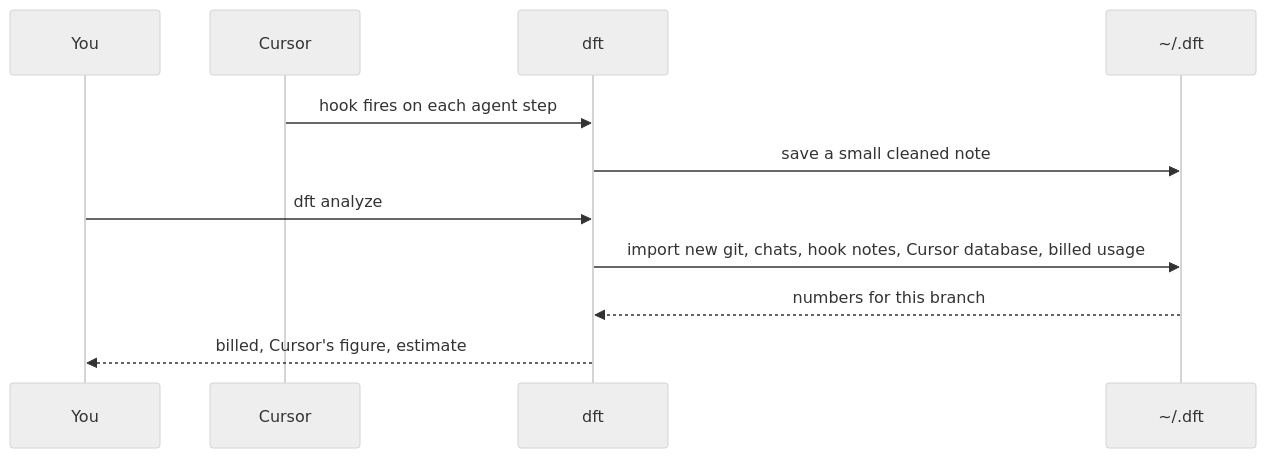
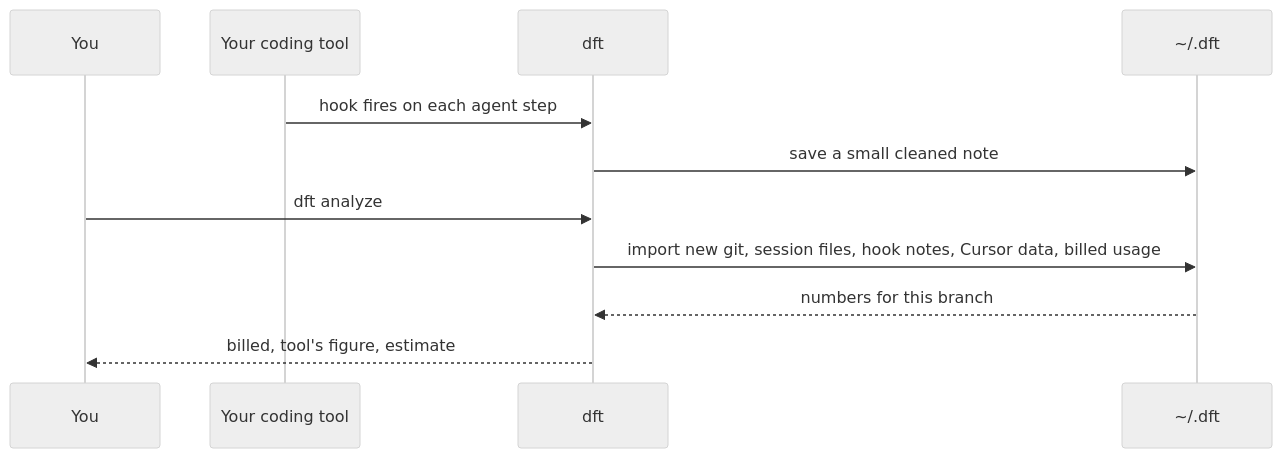
The second of 19 diagrams in docs/HOW-IT-WORKS.md (BleedingDev/dx-feature-tracker), drawn with Mermaid (neutral theme) before and after one commit. The commit also changed other lines of this file and 3 other files, not shown here.

````diff
--- a/docs/HOW-IT-WORKS.md
+++ b/docs/HOW-IT-WORKS.md
@@ -67,13 +66,13 @@
 ```mermaid
 sequenceDiagram
     participant You
-    participant Cursor
+    participant Tool as Your coding tool
     participant dft
     participant Store as ~/.dft
-    Cursor->>dft: hook fires on each agent step
+    Tool->>dft: hook fires on each agent step
     dft->>Store: save a small cleaned note
     You->>dft: dft analyze
-    dft->>Store: import new git, chats, hook notes, Cursor database, billed usage
+    dft->>Store: import new git, session files, hook notes, Cursor data, billed usage
     Store-->>dft: numbers for this branch
-    dft-->>You: billed, Cursor's figure, estimate
+    dft-->>You: billed, tool's figure, estimate
 ```
````
